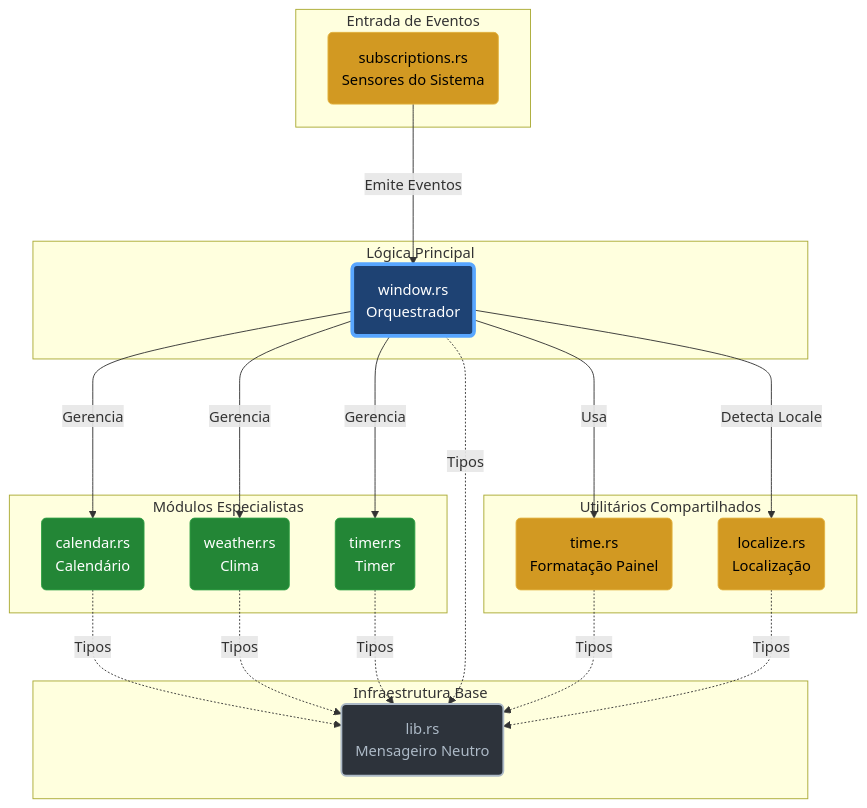
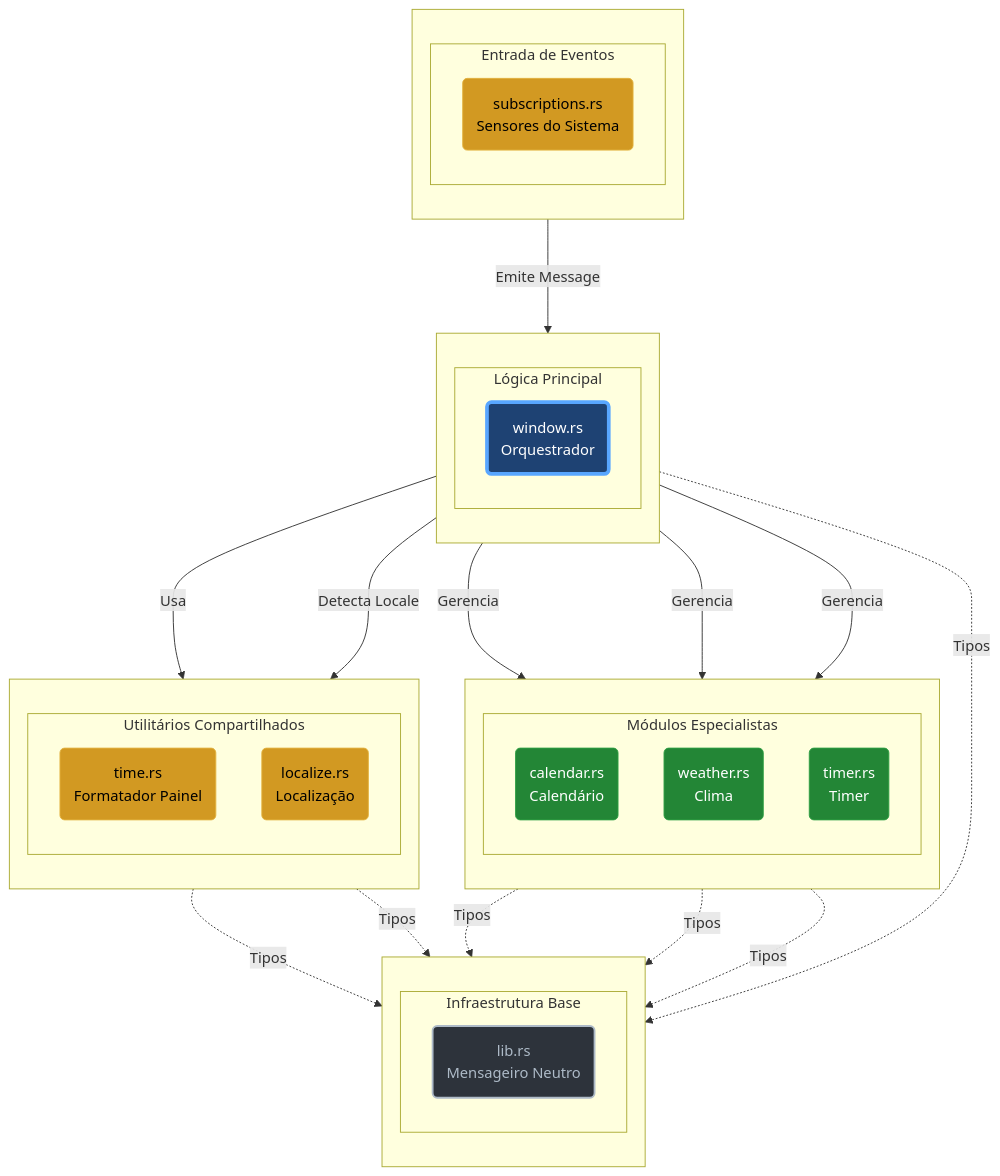
One commit to defNickTCys/cosmic-applet-timeplus changed the diagram in README.pt-BR.md. Above: the diagram before and after it, drawn with Mermaid.

Commit message:
Atualizar o README.pt-BR.md

````diff
--- a/README.pt-BR.md
+++ b/README.pt-BR.md
@@ -147,47 +147,62 @@
 ```mermaid
 graph TD
     %% Estilos de Cores
     classDef neutral fill:#2d333b,stroke:#adbac7,color:#adbac7,stroke-width:2px;
     classDef orchestrator fill:#1e4273,stroke:#58a6ff,color:#fff,stroke-width:4px;
     classDef module fill:#238636,stroke:#2ea043,color:#fff;
     classDef logic fill:#d29922,stroke:#e3b341,color:#000;
 
-    subgraph "Infraestrutura Base"
-        LIB(lib.rs<br/>Mensageiro Neutro):::neutral
+    subgraph " "
+        direction TB
+        subgraph "Infraestrutura Base"
+            LIB(lib.rs<br/>Mensageiro Neutro):::neutral
+        end
     end
 
-    subgraph "Entrada de Eventos"
-        SUB(subscriptions.rs<br/>Sensores do Sistema):::logic
+    subgraph " "
+        direction TB
+        subgraph "Entrada de Eventos"
+            SUB(subscriptions.rs<br/>Sensores do Sistema):::logic
+        end
     end
 
-    subgraph "Lógica Principal"
-        WIN(window.rs<br/>Orquestrador):::orchestrator
+    subgraph " "
+        direction TB
+        subgraph "Lógica Principal"
+            WIN(window.rs<br/>Orquestrador):::orchestrator
+        end
     end
 
-    subgraph "Módulos Especialistas"
-        CAL(calendar.rs<br/>Calendário):::module
-        WEA(weather.rs<br/>Clima):::module
-        TIM(timer.rs<br/>Timer):::module
+    subgraph " "
+        direction TB
+        subgraph "Módulos Especialistas"
+            CAL(calendar.rs<br/>Calendário):::module
+            WEA(weather.rs<br/>Clima):::module
+            TIM(timer.rs<br/>Timer):::module
+        end
     end
 
-    subgraph "Utilitários Compartilhados"
-        TIME(time.rs<br/>Formatação Painel):::logic
-        LOC(localize.rs<br/>Localização):::logic
+    subgraph " "
+        direction TB
+        subgraph "Utilitários Compartilhados"
+            TIME(time.rs<br/>Formatador Painel):::logic
+            LOC(localize.rs<br/>Localização):::logic
+        end
     end
 
-    %% Fluxo de Dados (Setas longas para melhor espaçamento)
-    SUB --->|Emite Eventos| WIN
+    %% Fluxo com maior espaçamento vertical
+    SUB --->|Emite Message| WIN
     WIN --->|Gerencia| CAL
     WIN --->|Gerencia| WEA
     WIN --->|Gerencia| TIM
     WIN --->|Usa| TIME
     WIN --->|Detecta Locale| LOC
 
     %% Dependência de Tipos
     CAL -.->|Tipos| LIB
     WEA -.->|Tipos| LIB
     TIM -.->|Tipos| LIB
     WIN -.->|Tipos| LIB
     TIME -.->|Tipos| LIB
     LOC -.->|Tipos| LIB
 ```
````
